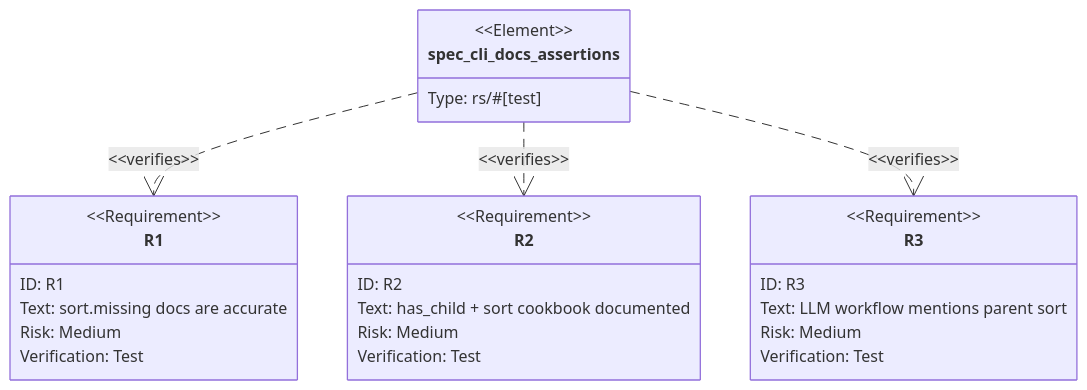
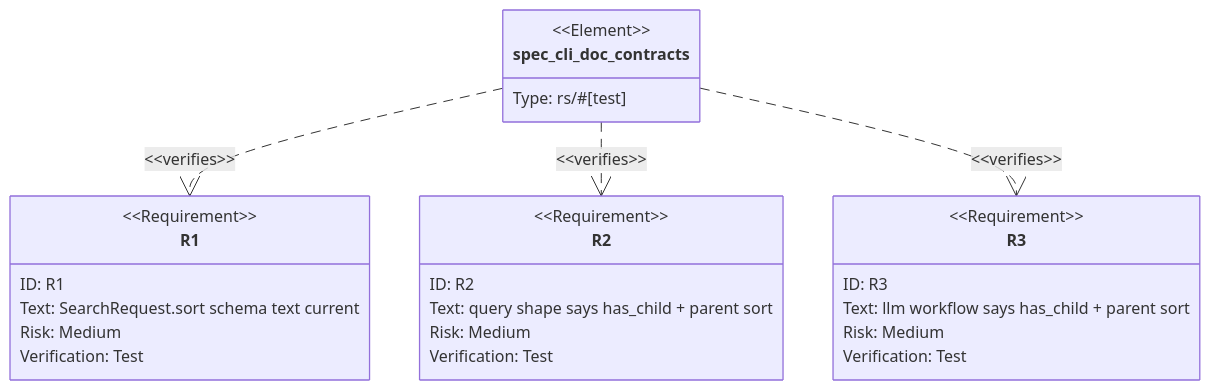
The second of 2 diagrams in projects/lumen/tech-design/logic/0-4-4-docs-stale-sort-missing-last-and-has-child-sort-both-work.md (chrischeng-c4/axiom), drawn with Mermaid before and after one commit. The commit also changed other lines of this file, not shown here.

Commit message:
td(718) — contract section: unit-test
Lifecycle-Slug: 718
Work-Item: 718
Lifecycle-Stage: Td-Section
Lifecycle-Phase: td_contract_in_progress
Lifecycle-Pass: contract
TD-Section: unit-test
Previous-Phase: td_contract_in_progress
Next-Phase: td_contract_in_progress
Next-Command: aw td create

````diff
--- a/projects/lumen/tech-design/logic/0-4-4-docs-stale-sort-missing-last-and-has-child-sort-both-work.md
+++ b/projects/lumen/tech-design/logic/0-4-4-docs-stale-sort-missing-last-and-has-child-sort-both-work.md
@@ -54,57 +54,57 @@
 ```mermaid
 ---
-id: sort-doc-refresh-unit-evidence
+id: sort-doc-refresh-contract-tests
 requirements:
-  sort_missing_schema_docs:
+  openapi_sort_doc_current:
     id: R1
-    text: "SearchRequest.sort schema text documents missing=exclude versus first/last total inclusion"
+    text: "The OpenAPI schema text for SearchRequest.sort is current for missing rows and sort key count"
     kind: documentation
     risk: medium
     verify: test
-  has_child_sort_cookbook:
+  query_shape_has_child_sort_current:
     id: R2
-    text: "The offline query-shape cookbook says has_child can filter parents and sort by a parent field"
+    text: "The query shape cookbook confirms has_child can be combined with parent-field sort"
     kind: documentation
     risk: medium
     verify: test
-  has_child_sort_workflow:
+  llm_workflow_has_child_sort_current:
     id: R3
-    text: "The LLM workflow topic confirms nested data-table rows can be filtered by has_child and sorted by parent fields"
+    text: "The LLM workflow topic confirms nested list-row search can filter via has_child and sort parents"
     kind: documentation
     risk: medium
     verify: test
 elements:
-  spec_cli_docs_assertions:
+  spec_cli_doc_contracts:
     kind: test
     path: projects/lumen/tests/spec_cli.rs
 relations:
-  - { from: spec_cli_docs_assertions, verifies: sort_missing_schema_docs }
-  - { from: spec_cli_docs_assertions, verifies: has_child_sort_cookbook }
-  - { from: spec_cli_docs_assertions, verifies: has_child_sort_workflow }
+  - { from: spec_cli_doc_contracts, verifies: openapi_sort_doc_current }
+  - { from: spec_cli_doc_contracts, verifies: query_shape_has_child_sort_current }
+  - { from: spec_cli_doc_contracts, verifies: llm_workflow_has_child_sort_current }
 ---
 requirementDiagram
     requirement R1 {
       id: R1
-      text: "sort.missing docs are accurate"
+      text: "SearchRequest.sort schema text current"
       risk: medium
       verifymethod: test
     }
     requirement R2 {
       id: R2
-      text: "has_child + sort cookbook documented"
+      text: "query shape says has_child + parent sort"
       risk: medium
       verifymethod: test
     }
     requirement R3 {
       id: R3
-      text: "LLM workflow mentions parent sort"
+      text: "llm workflow says has_child + parent sort"
       risk: medium
       verifymethod: test
     }
-    element spec_cli_docs_assertions {
+    element spec_cli_doc_contracts {
       type: "rs/#[test]"
     }
-    spec_cli_docs_assertions - verifies -> R1
-    spec_cli_docs_assertions - verifies -> R2
-    spec_cli_docs_assertions - verifies -> R3
+    spec_cli_doc_contracts - verifies -> R1
+    spec_cli_doc_contracts - verifies -> R2
+    spec_cli_doc_contracts - verifies -> R3
 ```
````
